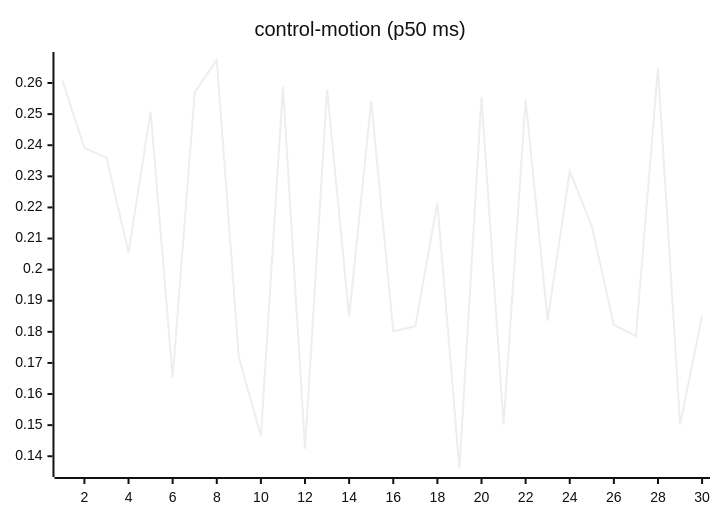
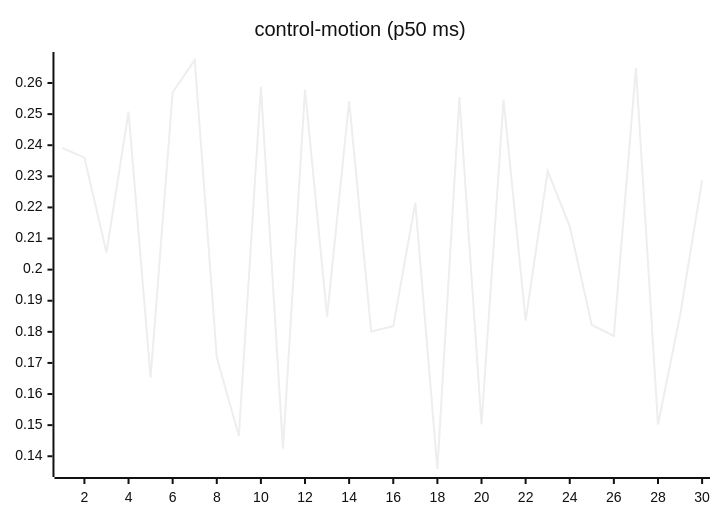
The seventh of 27 diagrams in README.md (josha/Facet), drawn with Mermaid (neutral theme) before and after one commit. The commit also changed other lines of this file and 2 other files, not shown here.

````diff
--- a/README.md
+++ b/README.md
@@ -105,6 +105,6 @@
 ```mermaid
 xychart-beta
     title "control-motion (p50 ms)"
     x-axis 1 --> 30
-    line [0.2609, 0.2391, 0.2360, 0.2055, 0.2508, 0.1653, 0.2570, 0.2674, 0.1718, 0.1465, 0.2588, 0.1424, 0.2579, 0.1849, 0.2542, 0.1801, 0.1818, 0.2215, 0.1359, 0.2555, 0.1502, 0.2547, 0.1836, 0.2317, 0.2139, 0.1822, 0.1787, 0.2649, 0.1502, 0.1852]
+    line [0.2391, 0.2360, 0.2055, 0.2508, 0.1653, 0.2570, 0.2674, 0.1718, 0.1465, 0.2588, 0.1424, 0.2579, 0.1849, 0.2542, 0.1801, 0.1818, 0.2215, 0.1359, 0.2555, 0.1502, 0.2547, 0.1836, 0.2317, 0.2139, 0.1822, 0.1787, 0.2649, 0.1502, 0.1852, 0.2287]
 ```
````
